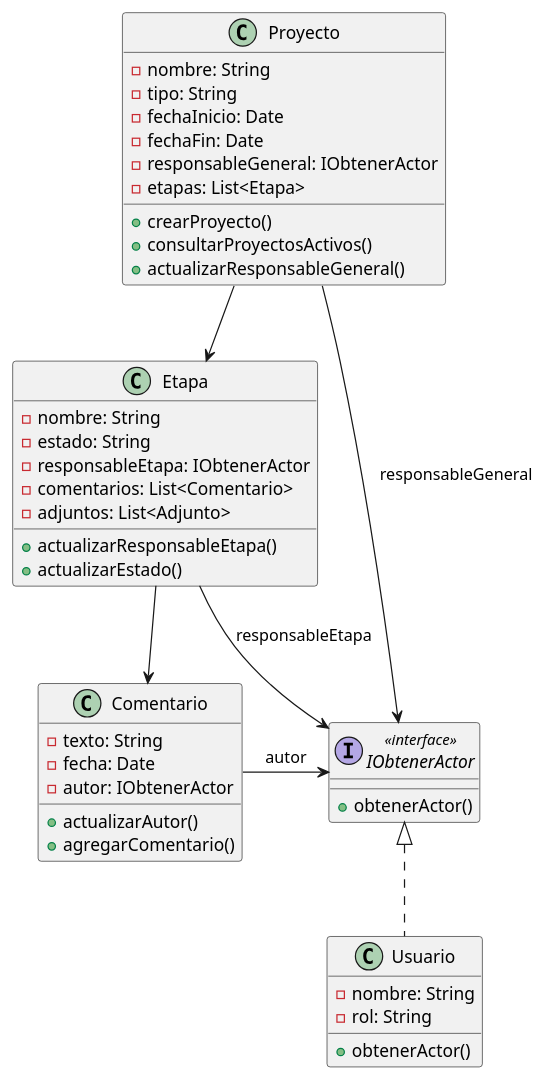
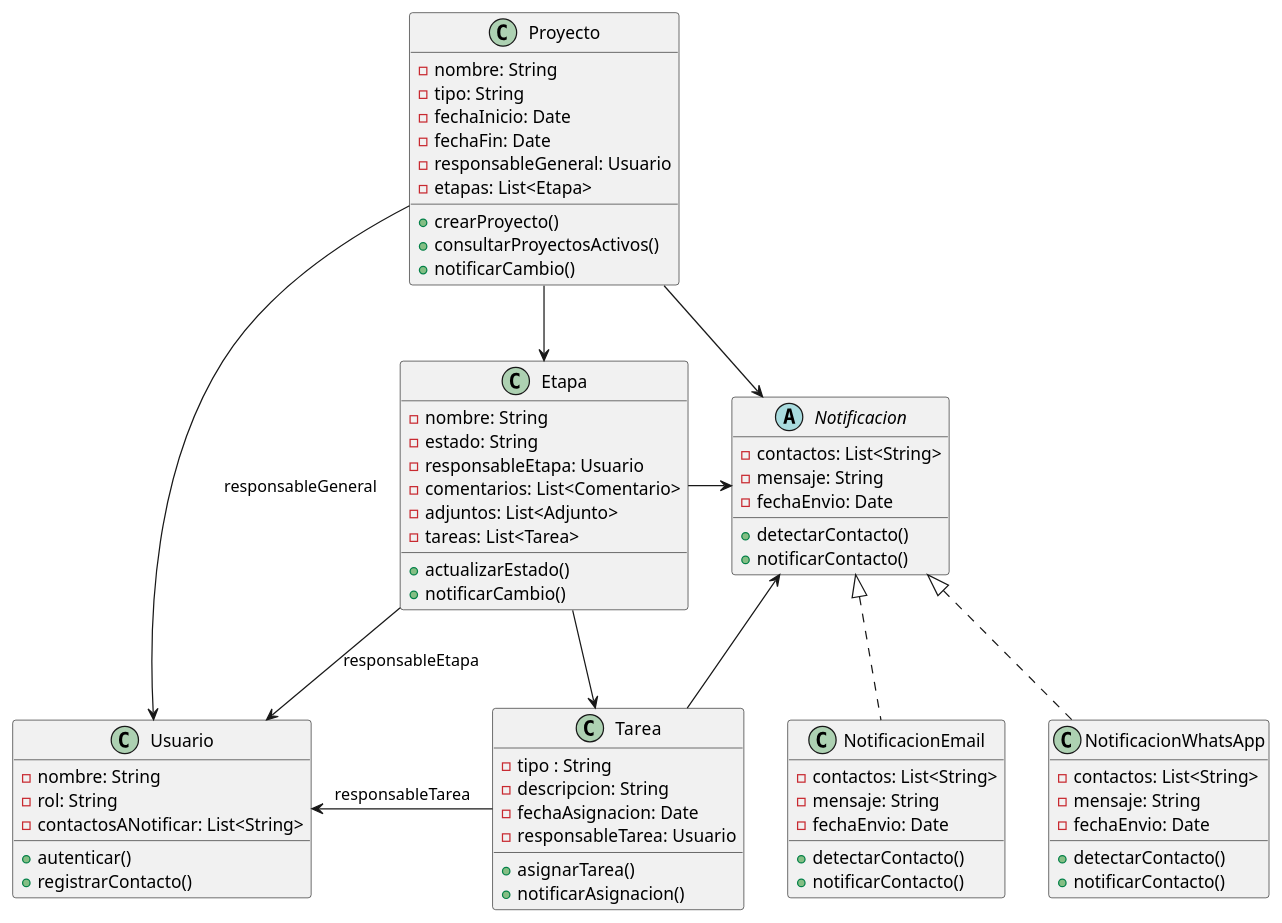
One commit to 9919-Mili/SistemaProductoraVideos changed the diagram in diagramas/01-diagrama-clases/01-solid-02-ocp.puml. Above: the diagram before and after it, drawn with PlantUML. The commit also changed 2 other files, not shown here.

Commit message:
Update OCP archivos

```diff
--- a/diagramas/01-diagrama-clases/01-solid-02-ocp.puml
+++ b/diagramas/01-diagrama-clases/01-solid-02-ocp.puml
@@ -1,52 +1,79 @@
-@startuml
-
-interface IObtenerActor <<interface>>{
-  + obtenerActor()
-}
-
-class Usuario implements IObtenerActor {
-  + obtenerActor()
-}
+@startuml 01-boceto-inicial-ocp
 
 class Proyecto {
   - nombre: String
   - tipo: String
   - fechaInicio: Date
   - fechaFin: Date
-  - responsableGeneral: IObtenerActor
+  - responsableGeneral: Usuario
   - etapas: List<Etapa>
   + crearProyecto()
   + consultarProyectosActivos()
-  + actualizarResponsableGeneral()
+  + notificarCambio()
 }
 
 class Etapa {
   - nombre: String
   - estado: String
-  - responsableEtapa: IObtenerActor
+  - responsableEtapa: Usuario
   - comentarios: List<Comentario>
   - adjuntos: List<Adjunto>
-  + actualizarResponsableEtapa()
+  - tareas: List<Tarea>
   + actualizarEstado()
+  + notificarCambio()
 }
 
-class Comentario {
-  - texto: String
-  - fecha: Date
-  - autor: IObtenerActor
-  + actualizarAutor()
-  + agregarComentario()
+class Tarea {
+  - tipo : String
+  - descripcion: String
+  - fechaAsignacion: Date
+  - responsableTarea: Usuario
+  + asignarTarea()
+  + notificarAsignacion()
+}
+
+abstract class Notificacion {
+  - contactos: List<String>
+  - mensaje: String
+  - fechaEnvio: Date
+  + detectarContacto()
+  + notificarContacto()
+}
+
+class NotificacionEmail {
+  - contactos: List<String>
+  - mensaje: String
+  - fechaEnvio: Date
+  + detectarContacto()
+  + notificarContacto()
+}
+
+class NotificacionWhatsApp {
+  - contactos: List<String>
+  - mensaje: String
+  - fechaEnvio: Date
+  + detectarContacto()
+  + notificarContacto()
 }
 
 class Usuario {
   - nombre: String
   - rol: String
+  - contactosANotificar: List<String>
+  + autenticar()
+  + registrarContacto()
 }
 
-Proyecto -down-> IObtenerActor : responsableGeneral
+
 Proyecto -down-> Etapa
-Etapa -down-> IObtenerActor : responsableEtapa
-Etapa --> Comentario
-Comentario -right-> IObtenerActor : autor
+Etapa -down-> Tarea
+Tarea -left-> Usuario : responsableTarea
+Proyecto -down-> Usuario : responsableGeneral
+Etapa -down-> Usuario : responsableEtapa
+Proyecto -down-> Notificacion
+Etapa -right-> Notificacion
+Tarea -up-> Notificacion
+NotificacionEmail .up.|> Notificacion
+NotificacionWhatsApp .up.|> Notificacion
 
 @enduml
```
